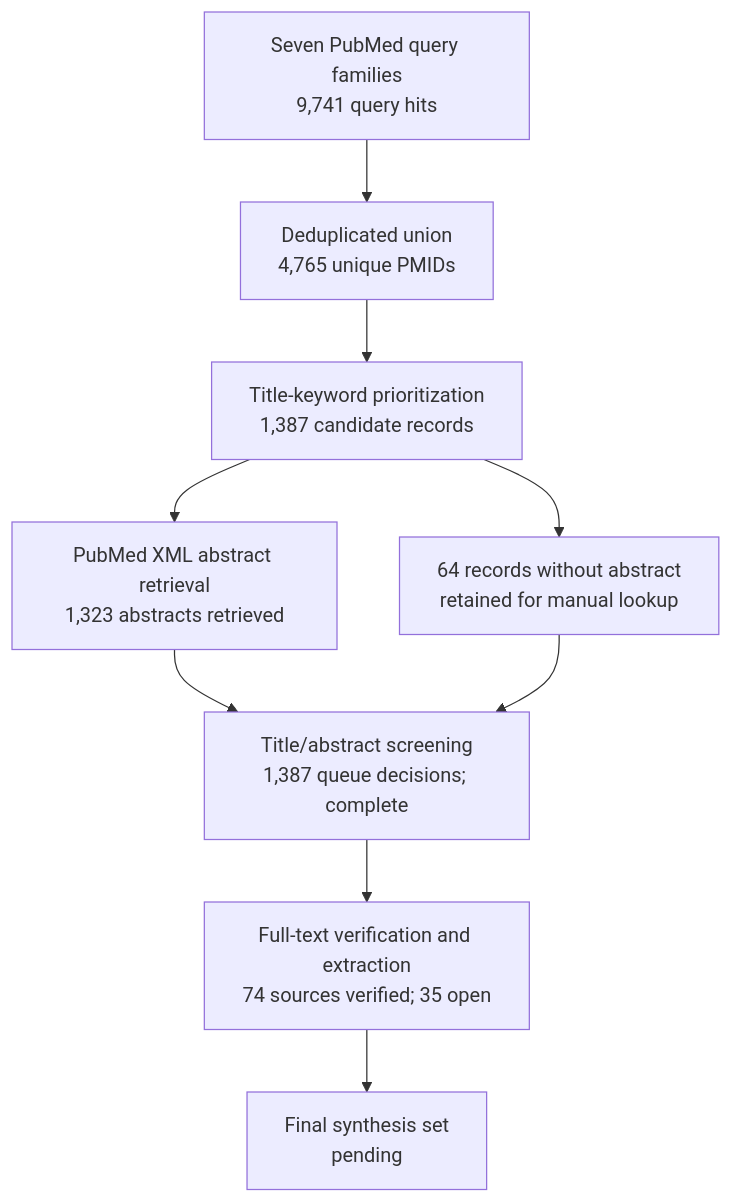
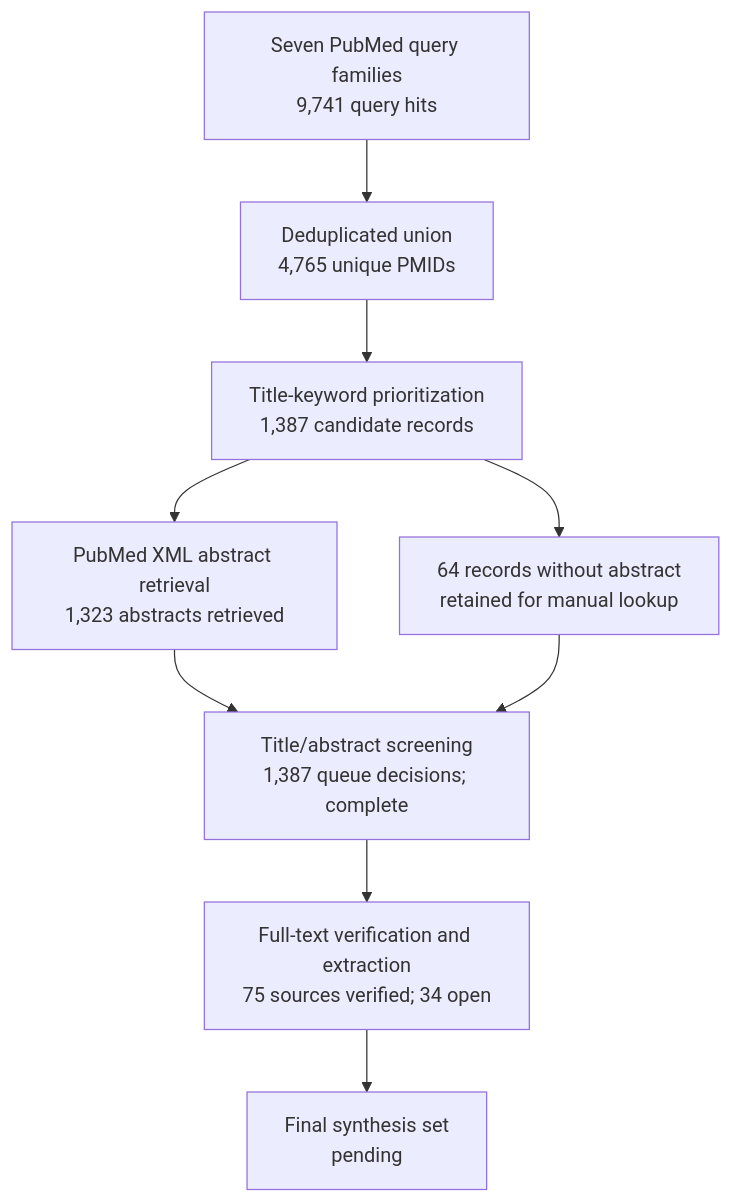
One commit to dcmcshan/artemisia changed the diagram in manuscript/review-flow.md. Above: the diagram before and after it, drawn with Mermaid. The commit also changed other lines of this file and 14 other files, not shown here.

Commit message:
Add Artemisia kermanensis full-text tranche

````diff
--- a/manuscript/review-flow.md
+++ b/manuscript/review-flow.md
@@ -5,11 +5,11 @@
 ```mermaid
 flowchart TB
   Q[Seven PubMed query families<br/>9,741 query hits] --> U[Deduplicated union<br/>4,765 unique PMIDs]
   U --> T[Title-keyword prioritization<br/>1,387 candidate records]
   T --> A[PubMed XML abstract retrieval<br/>1,323 abstracts retrieved]
   T --> N[64 records without abstract<br/>retained for manual lookup]
   A --> M[Title/abstract screening<br/>1,387 queue decisions; complete]
   N --> M
-  M --> F[Full-text verification and extraction<br/>74 sources verified; 35 open]
+  M --> F[Full-text verification and extraction<br/>75 sources verified; 34 open]
   F --> S[Final synthesis set<br/>pending]
 ```
````
